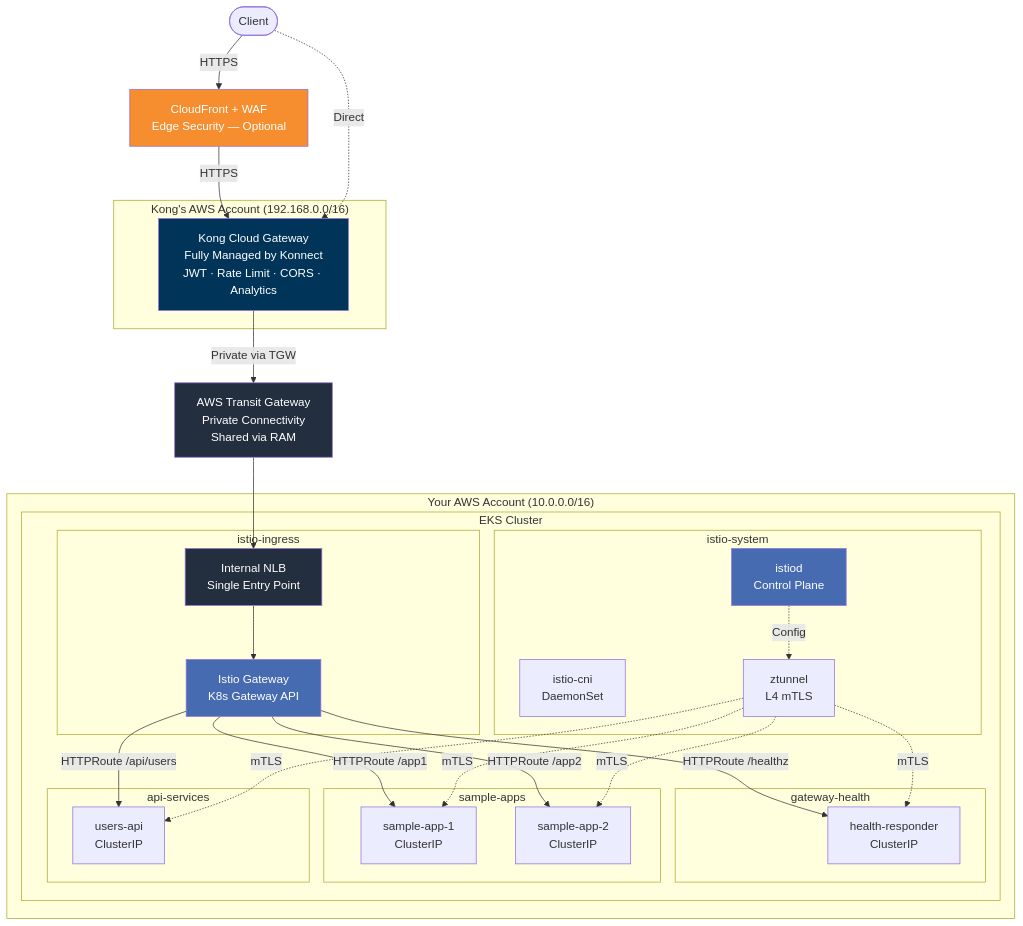
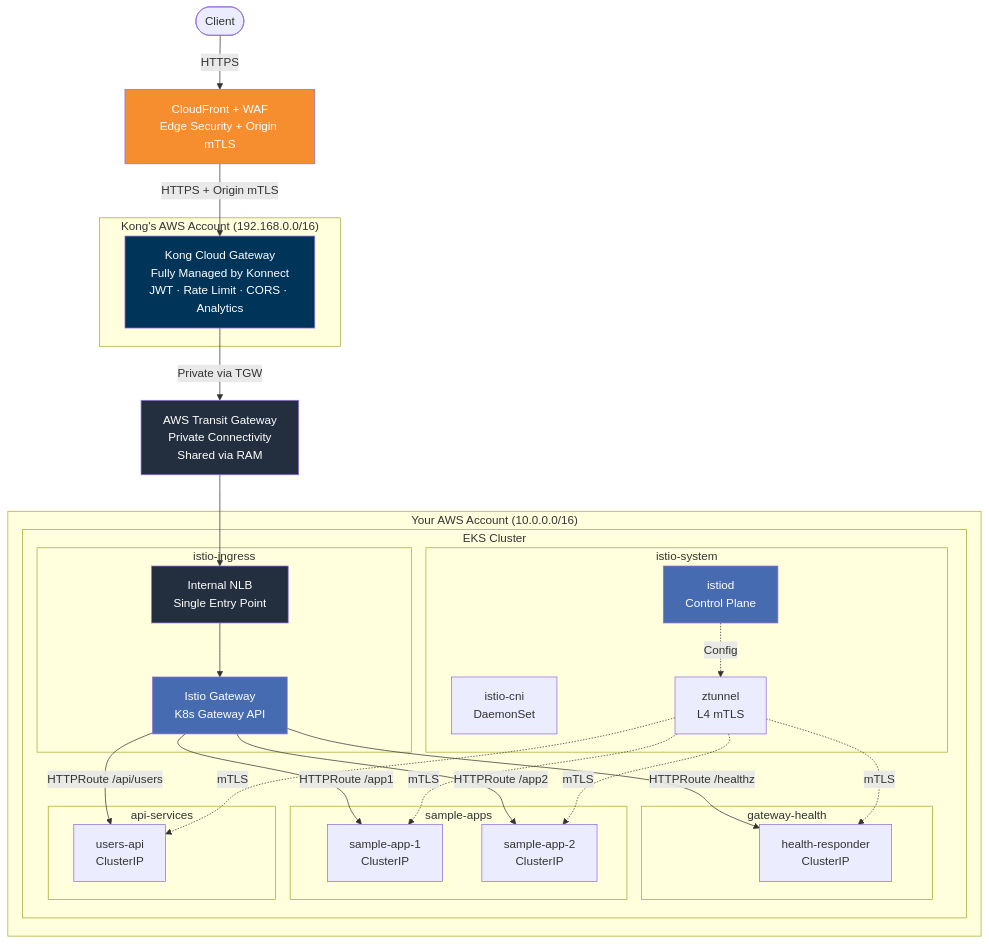
One commit to shanaka-versent/Kong-Konnect-Cloud-Gateway-on-EKS changed the first of 4 diagrams in README.md. Above: the diagram before and after it, drawn with Mermaid. The commit also changed other lines of this file and 1 other file, not shown here.

First line of the commit message:
Consolidate README with correct deployment flow

````diff
--- a/README.md
+++ b/README.md
@@ -11,58 +11,57 @@
 ```mermaid
 graph TB
     Client([Client])
-    CF[CloudFront + WAF<br/>Edge Security — Optional]
+    CF[CloudFront + WAF<br/>Edge Security + Origin mTLS]
 
     subgraph "Kong's AWS Account (192.168.0.0/16)"
         Kong[Kong Cloud Gateway<br/>Fully Managed by Konnect<br/>JWT · Rate Limit · CORS · Analytics]
     end
 
     TGW[AWS Transit Gateway<br/>Private Connectivity<br/>Shared via RAM]
 
     subgraph "Your AWS Account (10.0.0.0/16)"
         subgraph EKS Cluster
             subgraph istio-system
                 Istiod[istiod<br/>Control Plane]
                 CNI[istio-cni<br/>DaemonSet]
                 ZT[ztunnel<br/>L4 mTLS]
             end
             subgraph istio-ingress
                 NLB[Internal NLB<br/>Single Entry Point]
                 IGW[Istio Gateway<br/>K8s Gateway API]
             end
             subgraph gateway-health
                 Health[health-responder<br/>ClusterIP]
             end
             subgraph sample-apps
                 App1[sample-app-1<br/>ClusterIP]
                 App2[sample-app-2<br/>ClusterIP]
             end
             subgraph api-services
                 API[users-api<br/>ClusterIP]
             end
         end
     end
 
     Client -->|HTTPS| CF
-    CF -->|HTTPS| Kong
-    Client -.->|Direct| Kong
+    CF -->|HTTPS + Origin mTLS| Kong
     Kong -->|Private via TGW| TGW
     TGW --> NLB
     NLB --> IGW
     IGW -->|HTTPRoute /healthz| Health
     IGW -->|HTTPRoute /app1| App1
     IGW -->|HTTPRoute /app2| App2
     IGW -->|HTTPRoute /api/users| API
     Istiod -.->|Config| ZT
     ZT -.->|mTLS| App1
     ZT -.->|mTLS| App2
     ZT -.->|mTLS| API
     ZT -.->|mTLS| Health
 
     style Kong fill:#003459,color:#fff
     style IGW fill:#466BB0,color:#fff
     style Istiod fill:#466BB0,color:#fff
     style CF fill:#F68D2E,color:#fff
     style TGW fill:#232F3E,color:#fff
     style NLB fill:#232F3E,color:#fff
 ```
````
